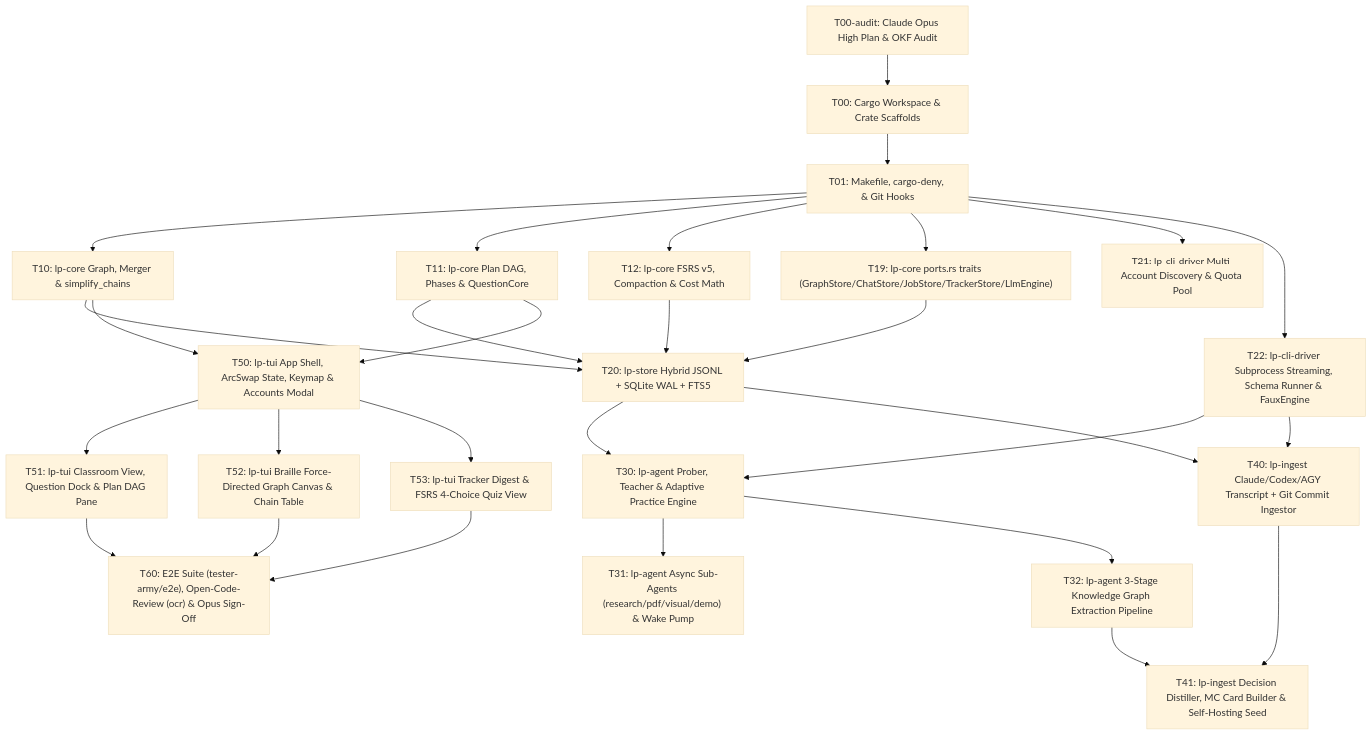
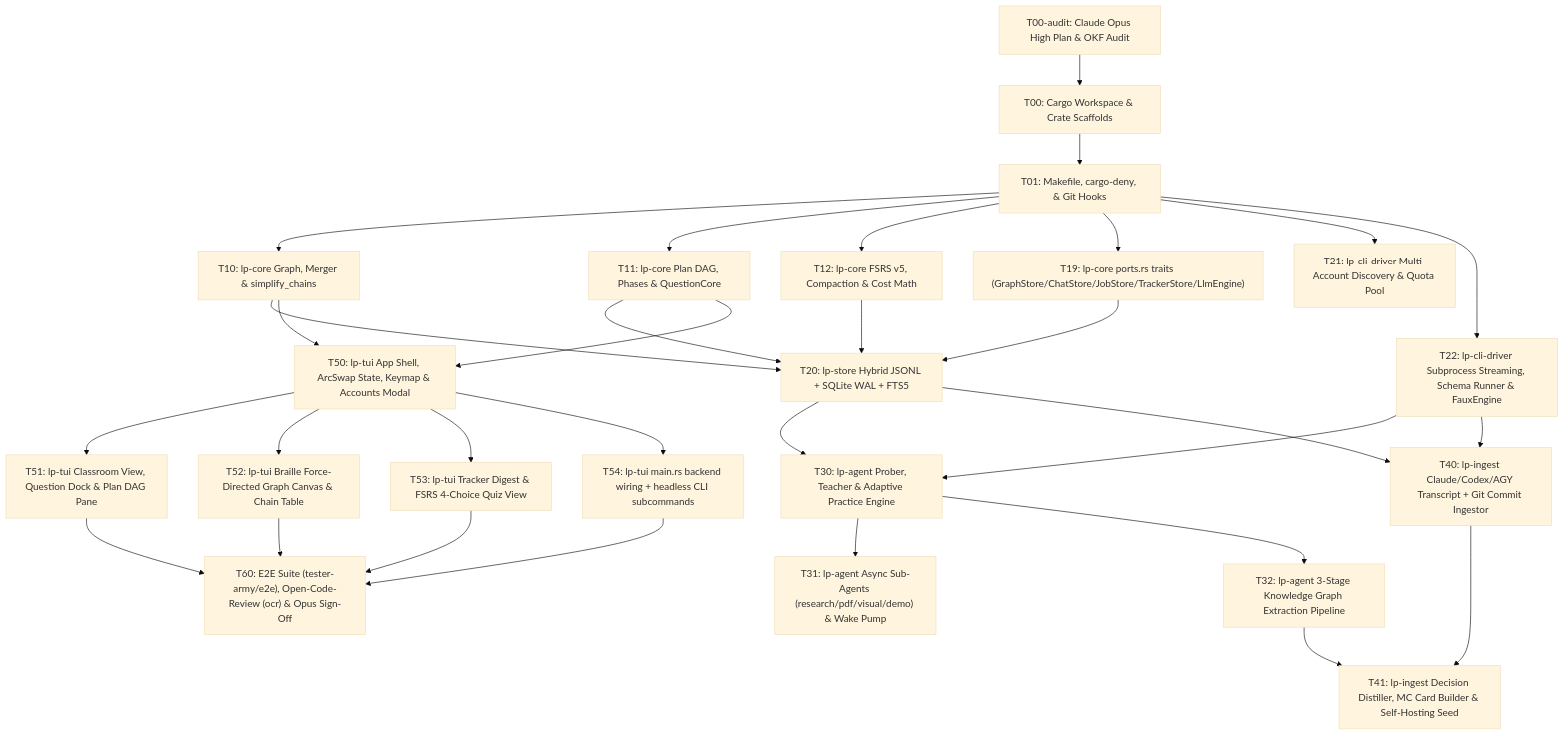
Before and after one commit to PrathamBhavsar/learnpuppy: the second of 2 diagrams in docs/PLAN.md, drawn with Mermaid (base theme).

Commit message:
docs: add T54 backend wiring task

````diff
--- a/docs/PLAN.md
+++ b/docs/PLAN.md
@@ -285,31 +285,33 @@
 ```mermaid
 flowchart TD
     T00A["T00-audit: Claude Opus High Plan & OKF Audit"] --> T00["T00: Cargo Workspace & Crate Scaffolds"]
     T00 --> T01["T01: Makefile, cargo-deny, & Git Hooks"]
     T01 --> T10["T10: lp-core Graph, Merger & simplify_chains"]
     T01 --> T11["T11: lp-core Plan DAG, Phases & QuestionCore"]
     T01 --> T12["T12: lp-core FSRS v5, Compaction & Cost Math"]
     T01 --> T19["T19: lp-core ports.rs traits (GraphStore/ChatStore/JobStore/TrackerStore/LlmEngine)"]
     T19 --> T20
     T10 --> T20["T20: lp-store Hybrid JSONL + SQLite WAL + FTS5"]
     T11 --> T20
     T12 --> T20
     T01 --> T21["T21: lp-cli-driver Multi-Account Discovery & Quota Pool"]
     T01 --> T22["T22: lp-cli-driver Subprocess Streaming, Schema Runner & FauxEngine"]
     T20 --> T30["T30: lp-agent Prober, Teacher & Adaptive Practice Engine"]
     T22 --> T30
     T30 --> T31["T31: lp-agent Async Sub-Agents (research/pdf/visual/demo) & Wake Pump"]
     T30 --> T32["T32: lp-agent 3-Stage Knowledge Graph Extraction Pipeline"]
     T20 --> T40["T40: lp-ingest Claude/Codex/AGY Transcript + Git Commit Ingestor"]
     T22 --> T40
     T40 --> T41["T41: lp-ingest Decision Distiller, MC Card Builder & Self-Hosting Seed"]
     T32 --> T41
     T10 --> T50["T50: lp-tui App Shell, ArcSwap State, Keymap & Accounts Modal"]
     T11 --> T50
     T50 --> T51["T51: lp-tui Classroom View, Question Dock & Plan DAG Pane"]
     T50 --> T52["T52: lp-tui Braille Force-Directed Graph Canvas & Chain Table"]
     T50 --> T53["T53: lp-tui Tracker Digest & FSRS 4-Choice Quiz View"]
+    T50 --> T54["T54: lp-tui main.rs backend wiring + headless CLI subcommands"]
+    T54 --> T60
     T51 --> T60["T60: E2E Suite (tester-army/e2e), Open-Code-Review (ocr) & Opus Sign-Off"]
     T52 --> T60
     T53 --> T60
 ```
````
